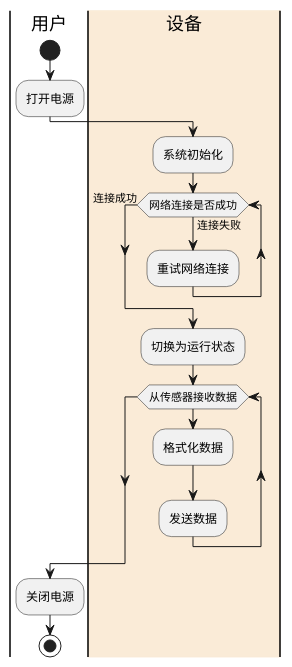
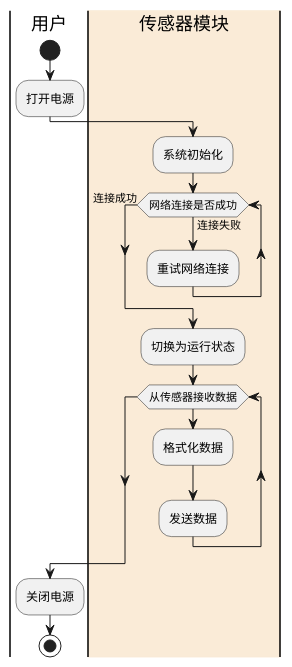
Before and after one commit to wzyskylake/Star-Fire: the diagram in Design/ObjectAnalysis/ActivityDaigram_1.wsd, drawn with PlantUML. The commit also changed 11 other files, not shown here.

```diff
--- a/Design/ObjectAnalysis/ActivityDaigram_1.wsd
+++ b/Design/ObjectAnalysis/ActivityDaigram_1.wsd
@@ -1,18 +1,18 @@
-@startuml
+@startuml 用户与传感器模块交互活动图
 |用户|
 start
 :打开电源;
-|#AntiqueWhite|设备|
+|#AntiqueWhite|传感器模块|
 :系统初始化;
 while (网络连接是否成功) is (连接失败)
     :重试网络连接;
 endwhile (连接成功)
 :切换为运行状态;
 while (从传感器接收数据)
     :格式化数据;
     :发送数据;
 endwhile
 |用户|
 :关闭电源;
 stop
 @enduml
```
